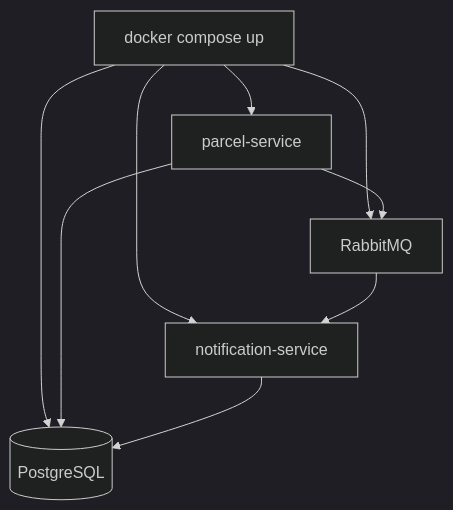
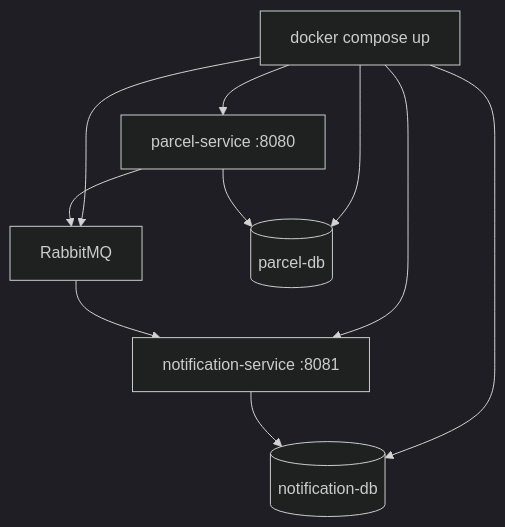
Before and after one commit to kevin-voss/learning-project: the diagram in tracks/spring-boot/topics/14-compose-and-observe/README.md, drawn with Mermaid (dark theme). The commit also changed other lines of this file and 85 other files, not shown here.

````diff
--- a/tracks/spring-boot/topics/14-compose-and-observe/README.md
+++ b/tracks/spring-boot/topics/14-compose-and-observe/README.md
@@ -27,11 +26,12 @@
 ```mermaid
 flowchart TB
-  Compose[docker compose up] --> P[parcel-service]
-  Compose --> N[notification-service]
+  Compose[docker compose up] --> P[parcel-service :8080]
+  Compose --> N[notification-service :8081]
   Compose --> R[RabbitMQ]
-  Compose --> D[(PostgreSQL)]
+  Compose --> PD[(parcel-db)]
+  Compose --> ND[(notification-db)]
+  P --> PD
   P --> R
   R --> N
-  P --> D
-  N --> D
+  N --> ND
 ```
````
